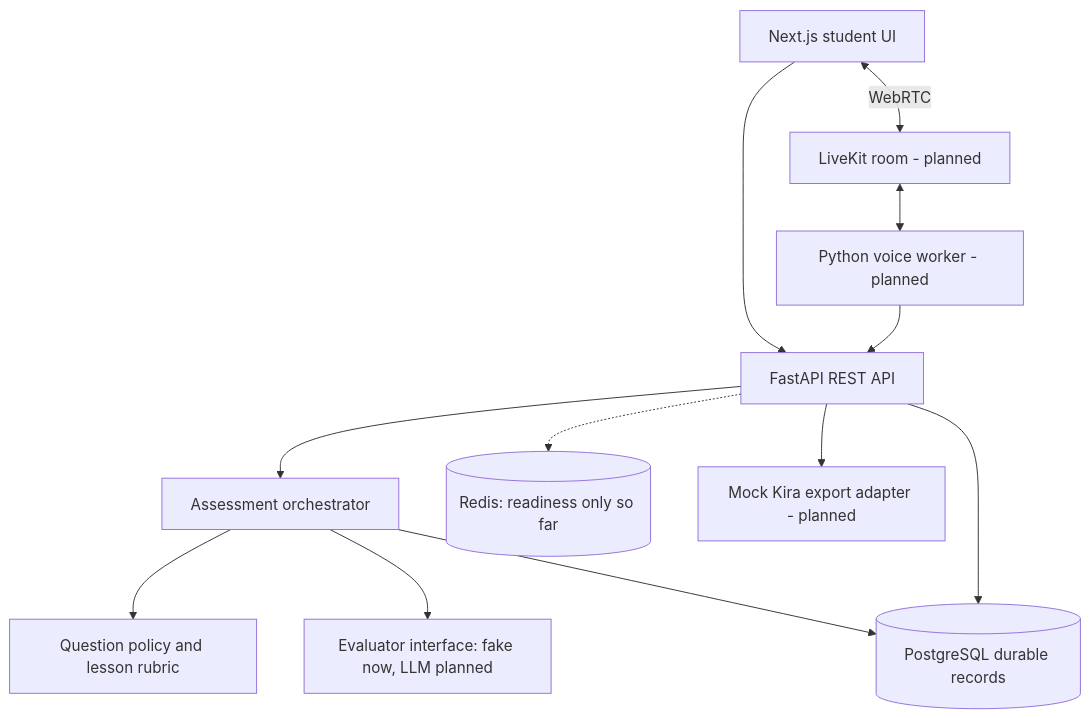
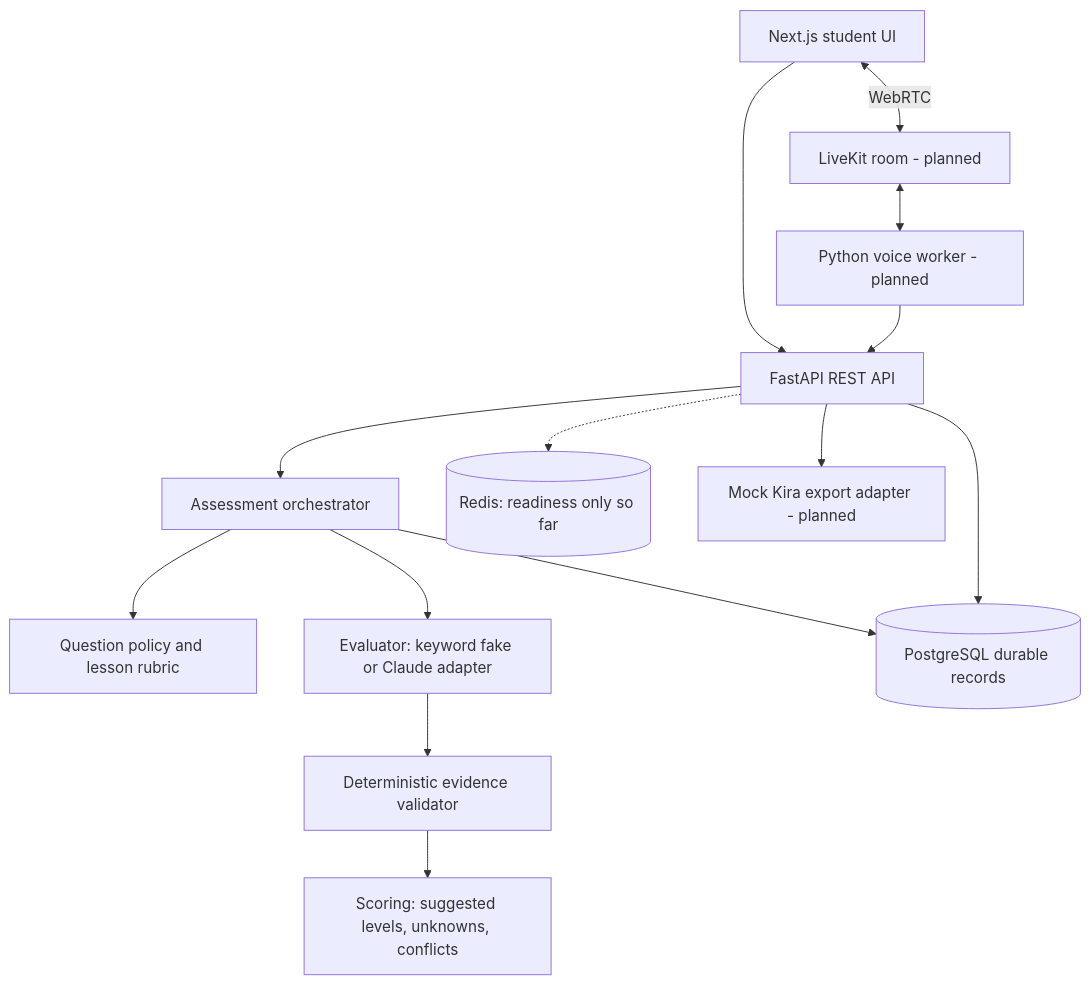
One commit to PickleRith/kira-verbal changed the diagram in docs/architecture.md. Above: the diagram before and after it, drawn with Mermaid. The commit also changed other lines of this file and 25 other files, not shown here.

First line of the commit message:
Day 3: Claude evaluator, evidence validation, scoring

````diff
--- a/docs/architecture.md
+++ b/docs/architecture.md
@@ -7,14 +7,16 @@
 ```mermaid
 flowchart TD
   UI[Next.js student UI] --> API[FastAPI REST API]
   UI <-->|WebRTC| RTC[LiveKit room - planned]
   RTC <--> W[Python voice worker - planned]
   W --> API
   API --> O[Assessment orchestrator]
   O --> P[Question policy and lesson rubric]
-  O --> E[Evaluator interface: fake now, LLM planned]
+  O --> E[Evaluator: keyword fake or Claude adapter]
+  E --> V[Deterministic evidence validator]
+  V --> S[Scoring: suggested levels, unknowns, conflicts]
   O --> DB[(PostgreSQL durable records)]
   API --> DB
   API -.-> R[(Redis: readiness only so far)]
   API --> X[Mock Kira export adapter - planned]
 ```
````
